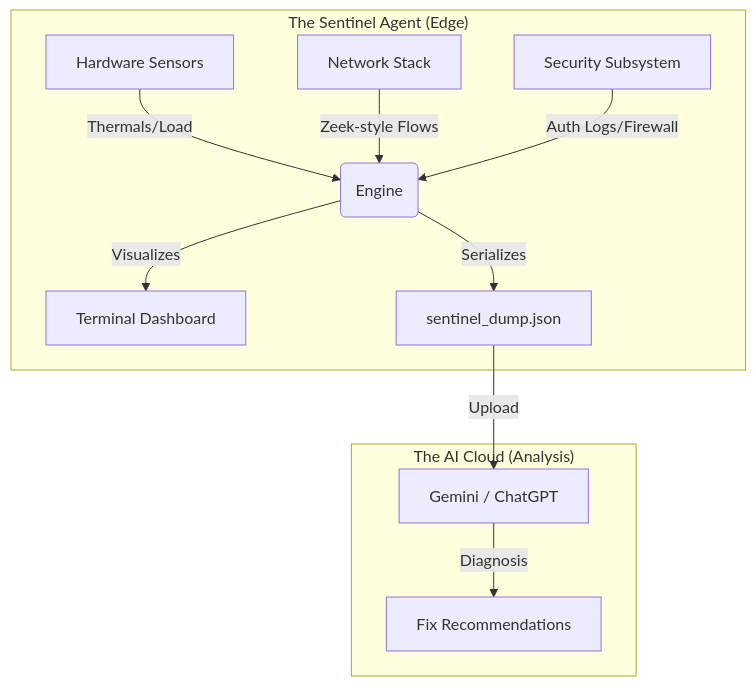
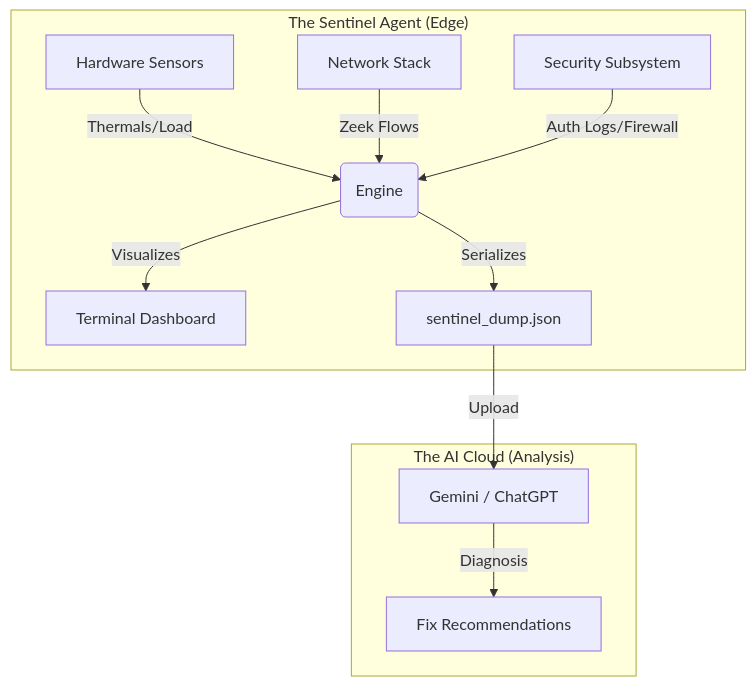
Before and after one commit to francose/sentinel-maas: the diagram in README.md, drawn with Mermaid. The commit also changed other lines of this file, not shown here.

````diff
--- a/README.md
+++ b/README.md
@@ -19,16 +16,16 @@
 ```mermaid
 graph TD
     subgraph "The Sentinel Agent (Edge)"
         A[Hardware Sensors] -->|Thermals/Load| Core(Engine)
-        B[Network Stack] -->|Zeek-style Flows| Core
+        B[Network Stack] -->|Zeek Flows| Core
         C[Security Subsystem] -->|Auth Logs/Firewall| Core
         Core -->|Visualizes| TUI[Terminal Dashboard]
         Core -->|Serializes| JSON[sentinel_dump.json]
     end
     
     subgraph "The AI Cloud (Analysis)"
         JSON -->|Upload| LLM[Gemini / ChatGPT]
         LLM -->|Diagnosis| Report[Fix Recommendations]
     end
 
 ```
````
